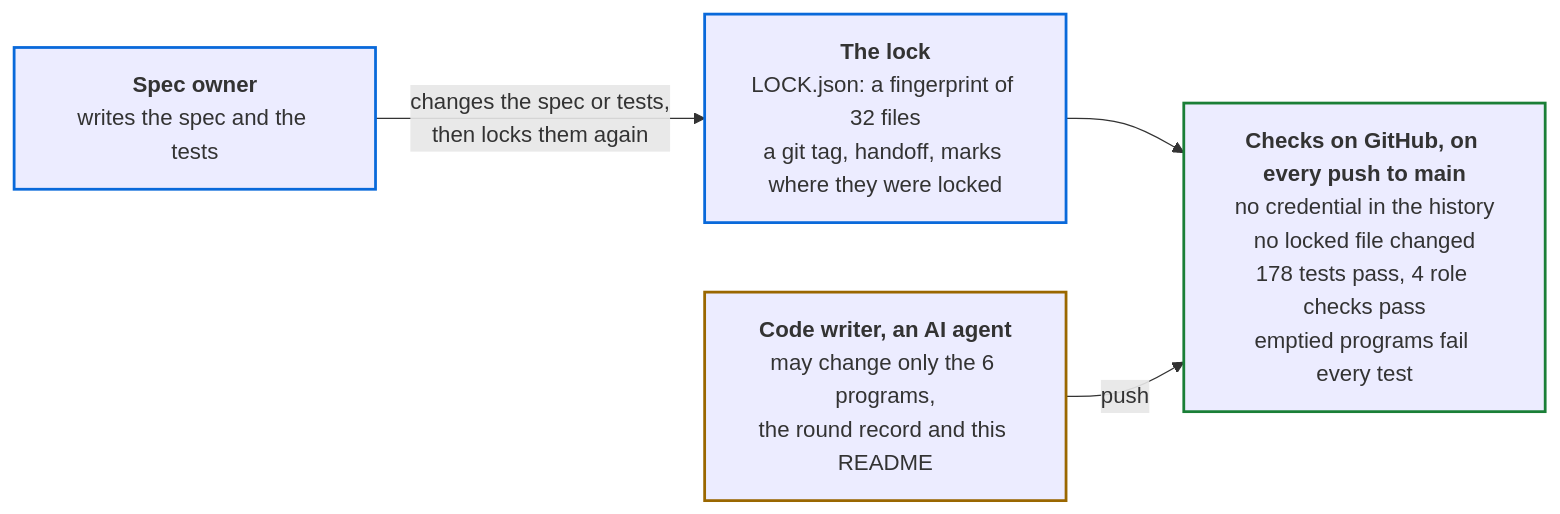
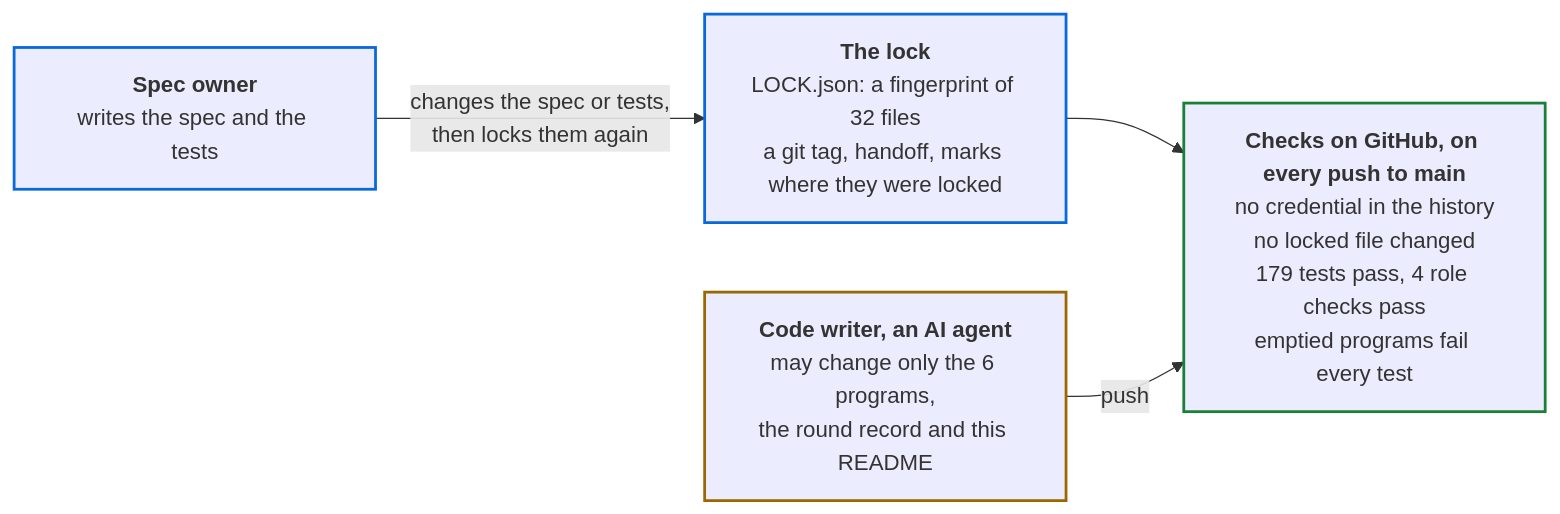
The fourth of 4 diagrams in README.md (PaulDuvall/adlc-security-reviewer), drawn with Mermaid before and after one commit. The commit also changed other lines of this file and 2 other files, not shown here.

````diff
--- a/README.md
+++ b/README.md
@@ -287,16 +287,16 @@
 ```mermaid
 flowchart LR
   so["<b>Spec owner</b><br/>writes the spec and the tests"]
   lock["<b>The lock</b><br/>LOCK.json: a fingerprint of 32 files<br/>a git tag, handoff, marks where they were locked"]
   cw["<b>Code writer, an AI agent</b><br/>may change only the 6 programs,<br/>the round record and this README"]
-  ci["<b>Checks on GitHub, on every push to main</b><br/>no credential in the history<br/>no locked file changed<br/>178 tests pass, 4 role checks pass<br/>emptied programs fail every test"]
+  ci["<b>Checks on GitHub, on every push to main</b><br/>no credential in the history<br/>no locked file changed<br/>179 tests pass, 4 role checks pass<br/>emptied programs fail every test"]
   so -->|"changes the spec or tests,<br/>then locks them again"| lock
   lock --> ci
   cw -->|"push"| ci
   classDef owner stroke:#0969da,stroke-width:2px
   classDef agent stroke:#9a6700,stroke-width:2px
   classDef gate stroke:#1a7f37,stroke-width:2px
   class so,lock owner
   class cw agent
   class ci gate
 ```
````
